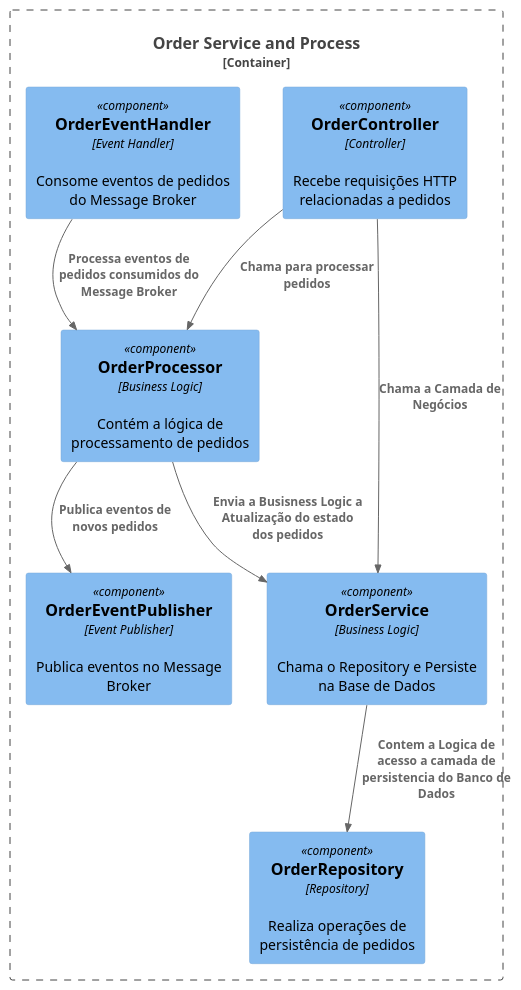
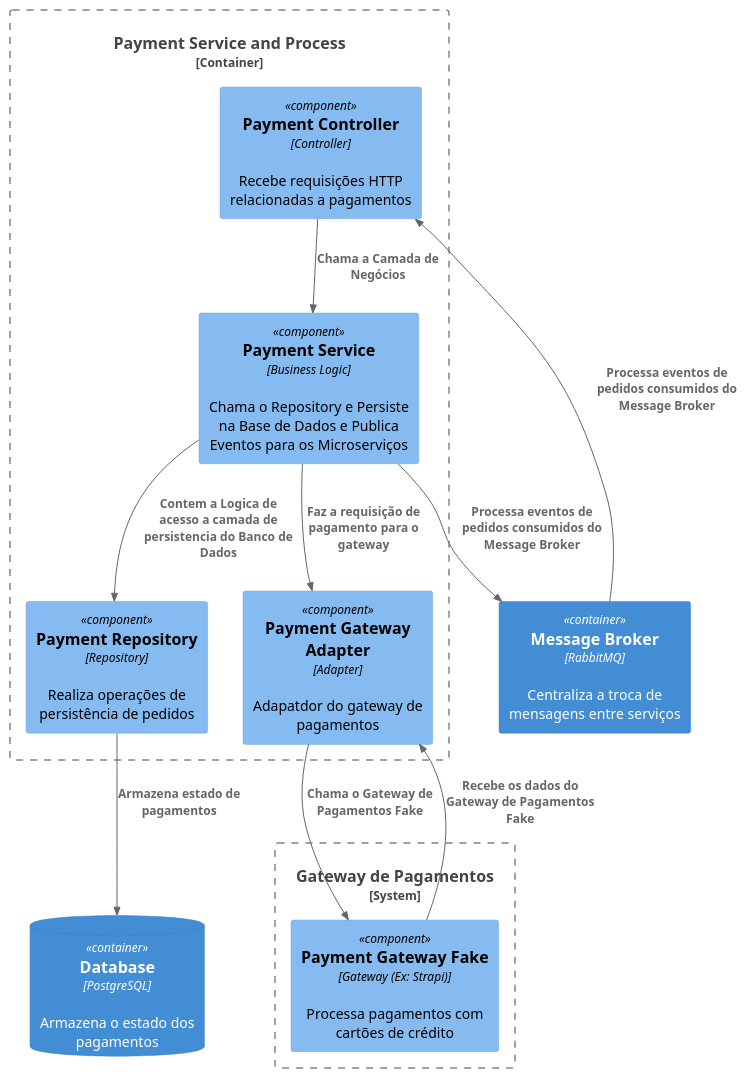
The diagram in n4-code-payment.plantuml (jnerydesigner/Bemol), drawn with PlantUML before and after one commit. The commit also changed 58 other files, not shown here.

```diff
--- a/n4-code-payment.plantuml
+++ b/n4-code-payment.plantuml
@@ -1,21 +1,29 @@
 @startuml Code n4
 !include https://raw.githubusercontent.com/plantuml-stdlib/C4-PlantUML/master/C4_Component.puml
 
-Container_Boundary(orderServiceAndProcess, "Order Service and Process") {
-    Component(orderController, "OrderController", "Controller", "Recebe requisições HTTP relacionadas a pedidos")
-    Component(orderEventHandler, "OrderEventHandler", "Event Handler", "Consome eventos de pedidos do Message Broker")
-    Component(orderRepository, "OrderRepository", "Repository", "Realiza operações de persistência de pedidos")
-    Component(orderProcessor, "OrderProcessor", "Business Logic", "Contém a lógica de processamento de pedidos")
-    Component(orderEventPublisher, "OrderEventPublisher", "Event Publisher", "Publica eventos no Message Broker")
-    Component(orderService, "OrderService", "Business Logic", "Chama o Repository e Persiste na Base de Dados")
+Container_Boundary(paymentServiceAndProcess, "Payment Service and Process") {
+    Component(paymentController, "Payment Controller", "Controller", "Recebe requisições HTTP relacionadas a pagamentos")
+    Component(paymentRepository, "Payment Repository", "Repository", "Realiza operações de persistência de pedidos")
+    Component(paymentService, "Payment Service", "Business Logic", "Chama o Repository e Persiste na Base de Dados e Publica Eventos para os Microserviços")
+    Component(paymentGatewayAdapter, "Payment Gateway Adapter", "Adapter", "Adapatdor do gateway de pagamentos")
+    
+}
+  ContainerDb(database, "Database", "PostgreSQL", "Armazena o estado dos pagamentos")
+  Container(broker, "Message Broker", "RabbitMQ", "Centraliza a troca de mensagens entre serviços")
+
+  System_Boundary(paymentGatewaySystem, "Gateway de Pagamentos") {
+  Component(paymentGateway, "Payment Gateway Fake", "Gateway (Ex: Strapi)", "Processa pagamentos com cartões de crédito")
 }
 
 
-Rel(orderController, orderProcessor, "Chama para processar pedidos")
-Rel(orderProcessor, orderService, "Envia a Busisness Logic a Atualização do estado dos pedidos")
-Rel(orderProcessor, orderEventPublisher, "Publica eventos de novos pedidos")
-Rel(orderEventHandler, orderProcessor, "Processa eventos de pedidos consumidos do Message Broker")
-Rel(orderController, orderService, "Chama a Camada de Negócios")
-Rel(orderService, orderRepository, "Contem a Logica de acesso a camada de persistencia do Banco de Dados")
+
+Rel(broker, paymentController, "Processa eventos de pedidos consumidos do Message Broker")
+Rel(paymentService, broker, "Processa eventos de pedidos consumidos do Message Broker")
+Rel(paymentController, paymentService, "Chama a Camada de Negócios")
+Rel(paymentService, paymentRepository, "Contem a Logica de acesso a camada de persistencia do Banco de Dados")
+Rel(paymentService, paymentGatewayAdapter, "Faz a requisição de pagamento para o gateway")
+Rel(paymentGatewayAdapter, paymentGateway, "Chama o Gateway de Pagamentos Fake")
+Rel(paymentGateway, paymentGatewayAdapter , "Recebe os dados do Gateway de Pagamentos Fake")
+Rel(paymentRepository, database, "Armazena estado de pagamentos")
 
 @enduml
```
